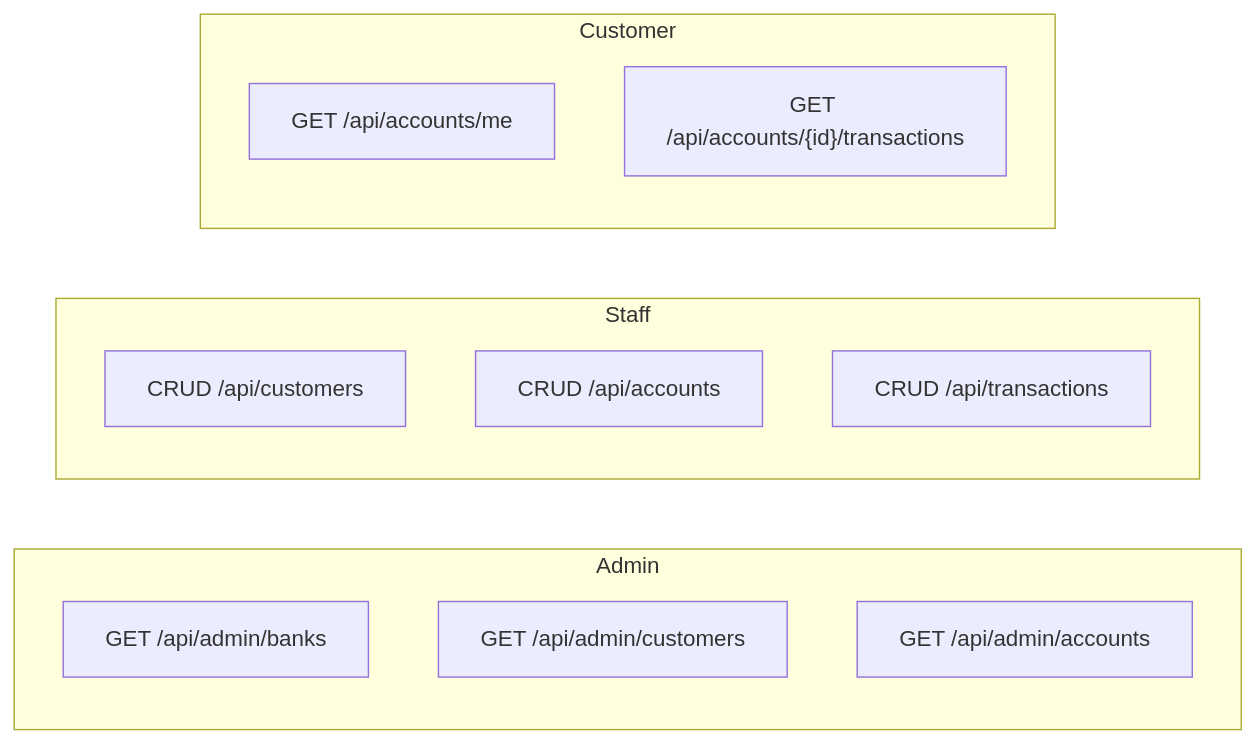
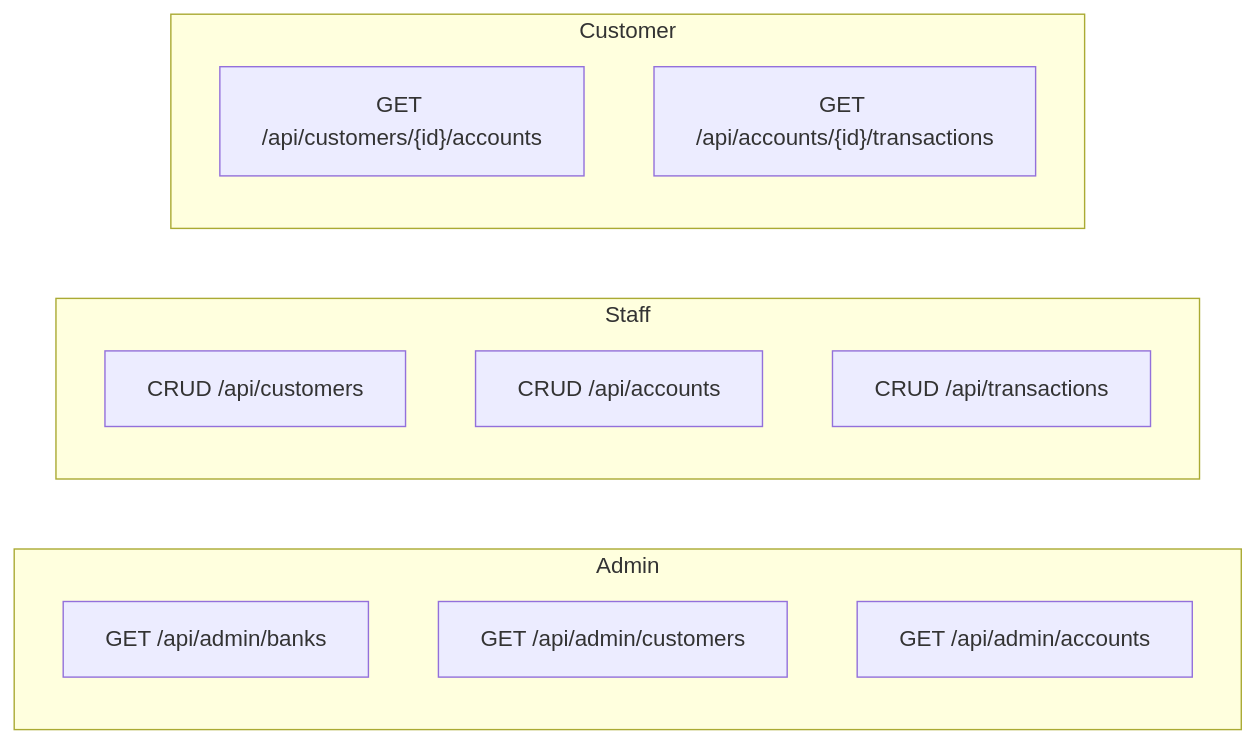
The fifth of 6 diagrams in README.md (SjoenH/efcore-multitenant-dual-dbcontext-demo), drawn with Mermaid before and after one commit. The commit also changed other lines of this file and 3 other files, not shown here.

Commit message:
refactor: replace /api/accounts/me with RESTful /api/customers/{id}/accounts

````diff
--- a/README.md
+++ b/README.md
@@ -178,19 +178,19 @@
 ```mermaid
 flowchart LR
     subgraph Admin
         A1[GET /api/admin/banks]
         A2[GET /api/admin/customers]
         A3[GET /api/admin/accounts]
     end
 
     subgraph Staff
         S1[CRUD /api/customers]
         S2[CRUD /api/accounts]
         S3[CRUD /api/transactions]
     end
 
     subgraph Customer
-        C1[GET /api/accounts/me]
+        C1["GET /api/customers/{id}/accounts"]
         C2["GET /api/accounts/{id}/transactions"]
     end
 ```
````
